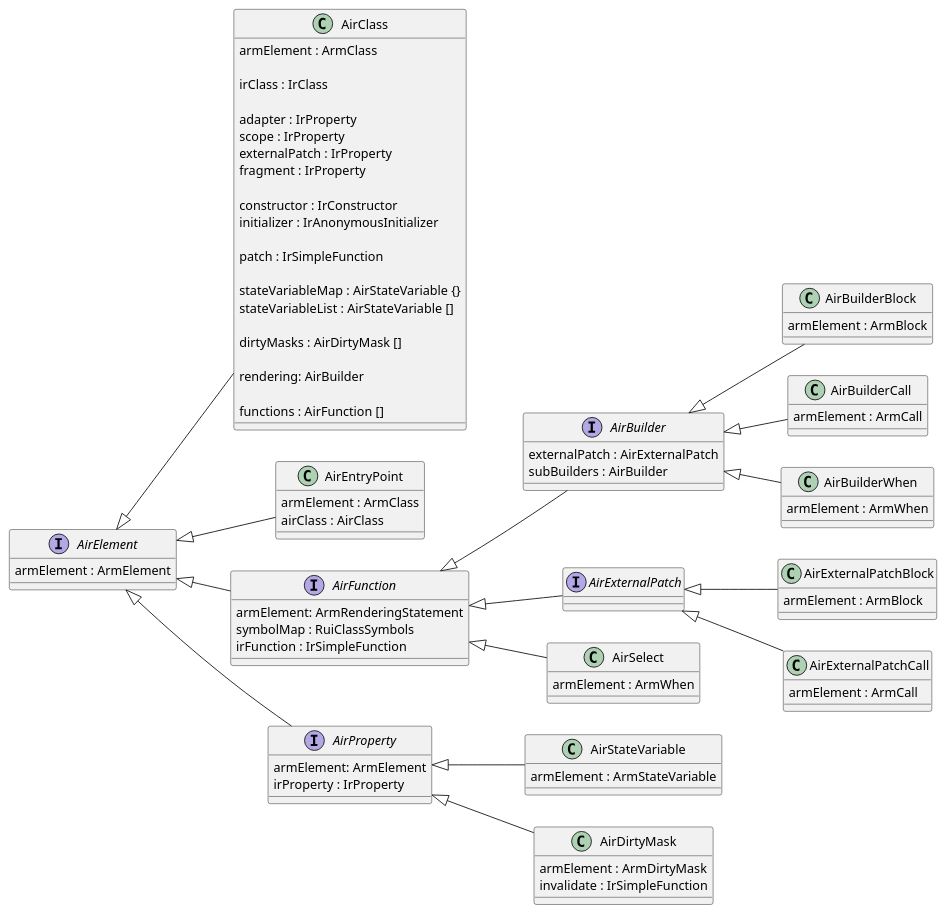
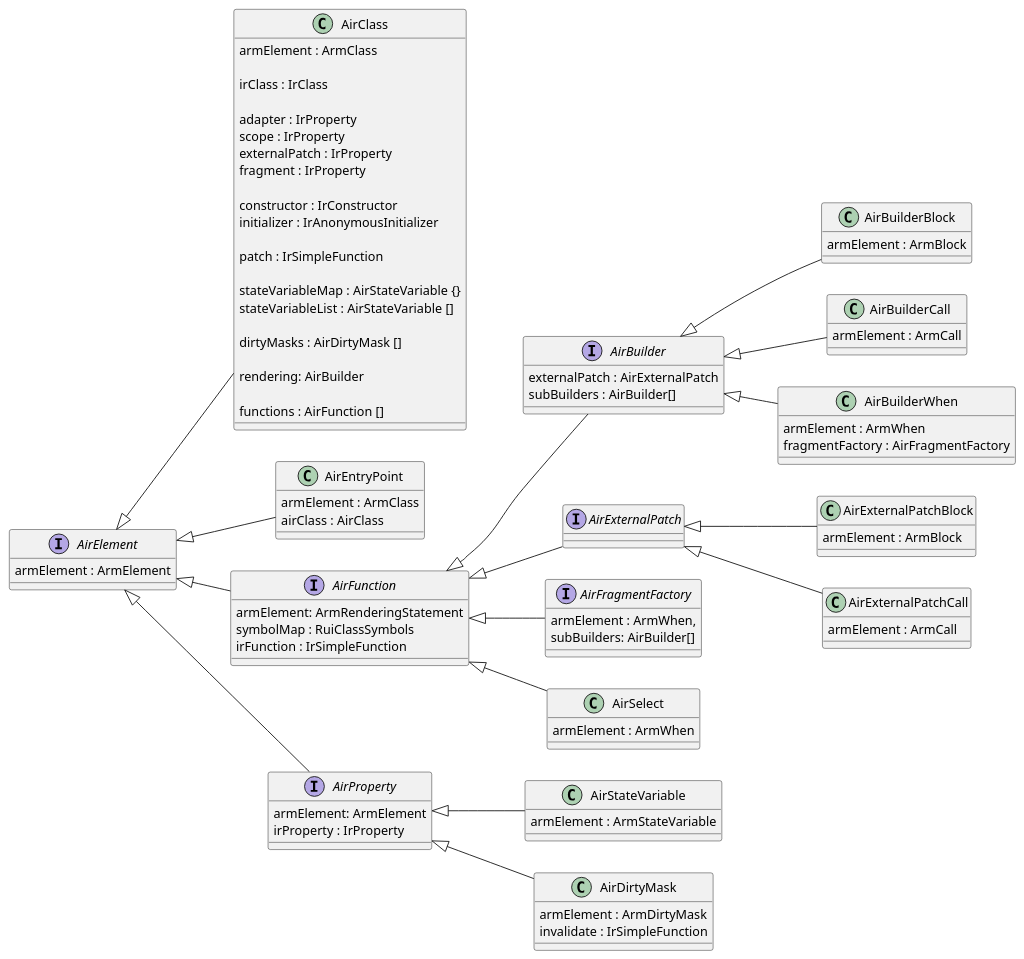
Before and after one commit to spxbhuhb/z2-pre: the diagram in doc/adaptive/internals/Air.puml, drawn with PlantUML. The commit also changed 29 other files, not shown here.

```diff
--- a/doc/adaptive/internals/Air.puml
+++ b/doc/adaptive/internals/Air.puml
@@ -1,104 +1,111 @@
 @startuml
 
 left to right direction
 
 class AirClass {
     armElement : ArmClass
 
     irClass : IrClass
 
     adapter : IrProperty
     scope : IrProperty
     externalPatch : IrProperty
     fragment : IrProperty
 
     constructor : IrConstructor
     initializer : IrAnonymousInitializer
 
     patch : IrSimpleFunction
 
     stateVariableMap : AirStateVariable {}
     stateVariableList : AirStateVariable []
 
     dirtyMasks : AirDirtyMask []
 
     rendering: AirBuilder
 
     functions : AirFunction []
 }
 AirElement <|-- AirClass
 
 class AirEntryPoint {
     armElement : ArmClass
     airClass : AirClass
 }
 AirElement <|-- AirEntryPoint
 
 class AirBuilderBlock {
     armElement : ArmBlock
 }
 AirBuilder <|-- AirBuilderBlock
 
 class AirBuilderCall {
     armElement : ArmCall
 }
 AirBuilder <|-- AirBuilderCall
 
 class AirBuilderWhen {
     armElement : ArmWhen
+    fragmentFactory : AirFragmentFactory
 }
 AirBuilder <|-- AirBuilderWhen
 
 interface AirBuilder {
     externalPatch : AirExternalPatch
-    subBuilders : AirBuilder
+    subBuilders : AirBuilder[]
 }
 AirFunction <|-- AirBuilder
 
 class AirExternalPatchBlock {
     armElement : ArmBlock
 }
 AirExternalPatch <|-- AirExternalPatchBlock
+
+interface AirFragmentFactory {
+    armElement : ArmWhen,
+    subBuilders: AirBuilder[]
+}
+AirFunction <|-- AirFragmentFactory
 
 class AirExternalPatchCall {
     armElement : ArmCall
 }
 AirExternalPatch <|-- AirExternalPatchCall
 
 interface AirExternalPatch
 AirFunction <|-- AirExternalPatch
 
 class AirSelect {
     armElement : ArmWhen
 }
 AirFunction <|-- AirSelect
 
 interface AirFunction {
     armElement: ArmRenderingStatement
     symbolMap : RuiClassSymbols
     irFunction : IrSimpleFunction
 }
 AirElement <|-- AirFunction
 
 class AirStateVariable {
     armElement : ArmStateVariable
 }
 AirProperty <|-- AirStateVariable
 
 class AirDirtyMask {
     armElement : ArmDirtyMask
     invalidate : IrSimpleFunction
 }
 AirProperty <|-- AirDirtyMask
 
 interface AirProperty {
     armElement: ArmElement
     irProperty : IrProperty
 }
 AirElement <|-- AirProperty
 
 interface AirElement {
     armElement : ArmElement
 }
 
 @enduml
```
